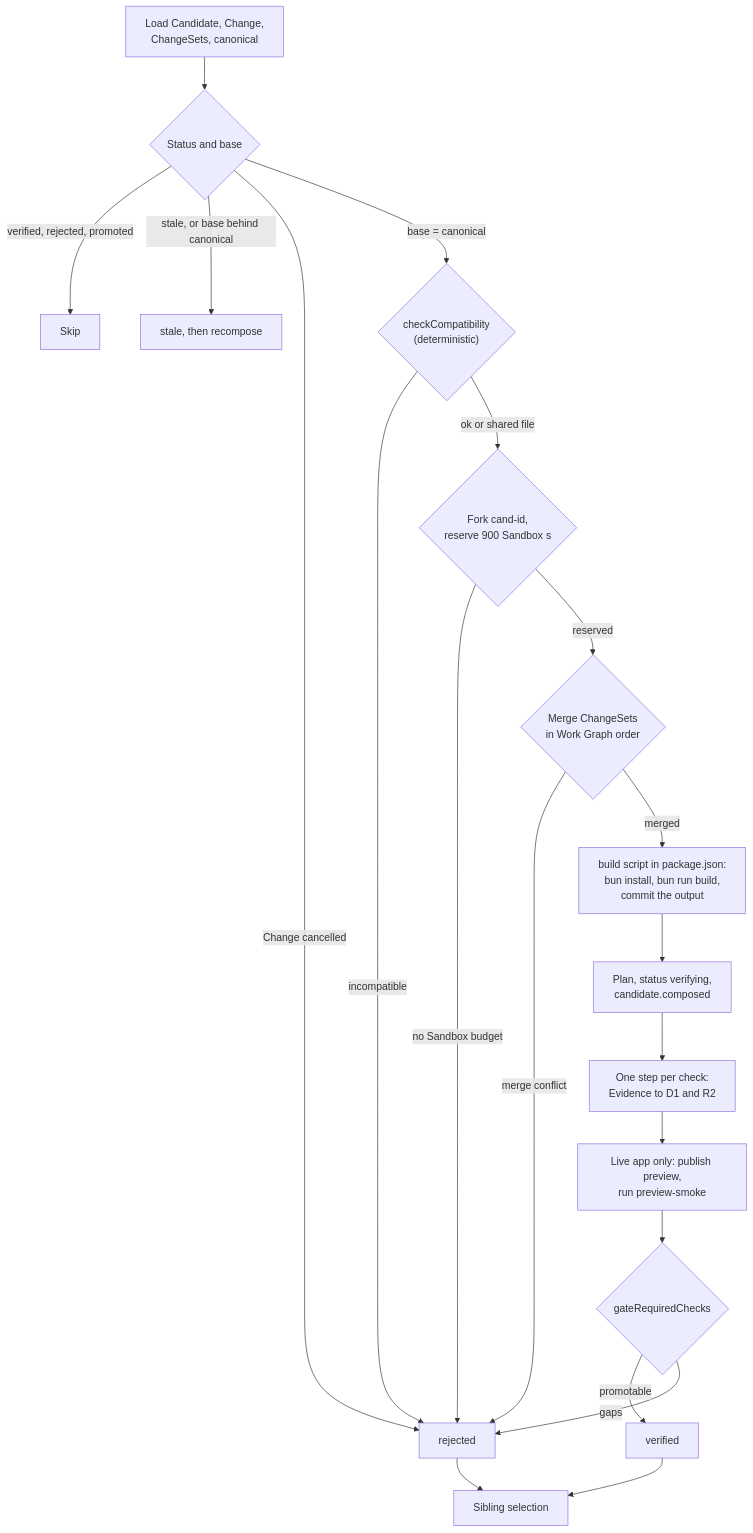
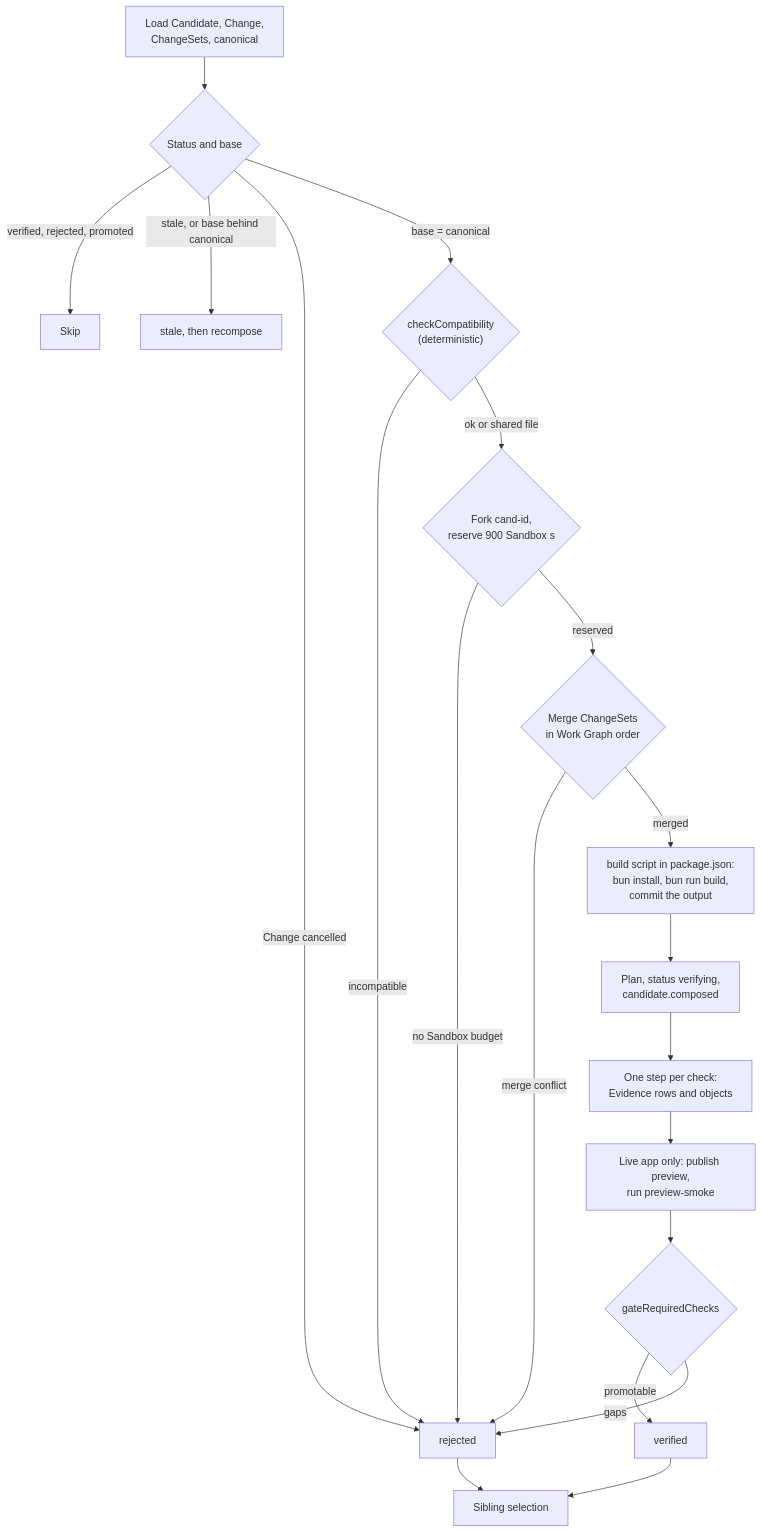
One commit to nsudhanva/rhumbatron changed the fourth of 8 diagrams in docs/architecture/source-and-verification.md. Above: the diagram before and after it, drawn with Mermaid. The commit also changed other lines of this file and 322 other files, not shown here.

````diff
--- a/docs/architecture/source-and-verification.md
+++ b/docs/architecture/source-and-verification.md
@@ -168,22 +172,22 @@
 ```mermaid
 flowchart TB
   L["Load Candidate, Change,<br/>ChangeSets, canonical"] --> F{"Status and base"}
   F -->|"verified, rejected, promoted"| SKIP["Skip"]
   F -->|"stale, or base behind canonical"| ST["stale, then recompose"]
   F -->|"Change cancelled"| RJ["rejected"]
   F -->|"base = canonical"| CC{"checkCompatibility<br/>(deterministic)"}
   CC -->|"incompatible"| RJ
   CC -->|"ok or shared file"| FK{"Fork cand-id,<br/>reserve 900 Sandbox s"}
   FK -->|"no Sandbox budget"| RJ
   FK -->|"reserved"| CM{"Merge ChangeSets<br/>in Work Graph order"}
   CM -->|"merge conflict"| RJ
   CM -->|"merged"| BD["build script in package.json:<br/>bun install, bun run build,<br/>commit the output"]
   BD --> PL["Plan, status verifying,<br/>candidate.composed"]
-  PL --> CK["One step per check:<br/>Evidence to D1 and R2"]
+  PL --> CK["One step per check:<br/>Evidence rows and objects"]
   CK --> PV["Live app only: publish preview,<br/>run preview-smoke"]
   PV --> GT{"gateRequiredChecks"}
   GT -->|"promotable"| VF["verified"]
   GT -->|"gaps"| RJ
   VF --> SEL["Sibling selection"]
   RJ --> SEL
 ```
````
